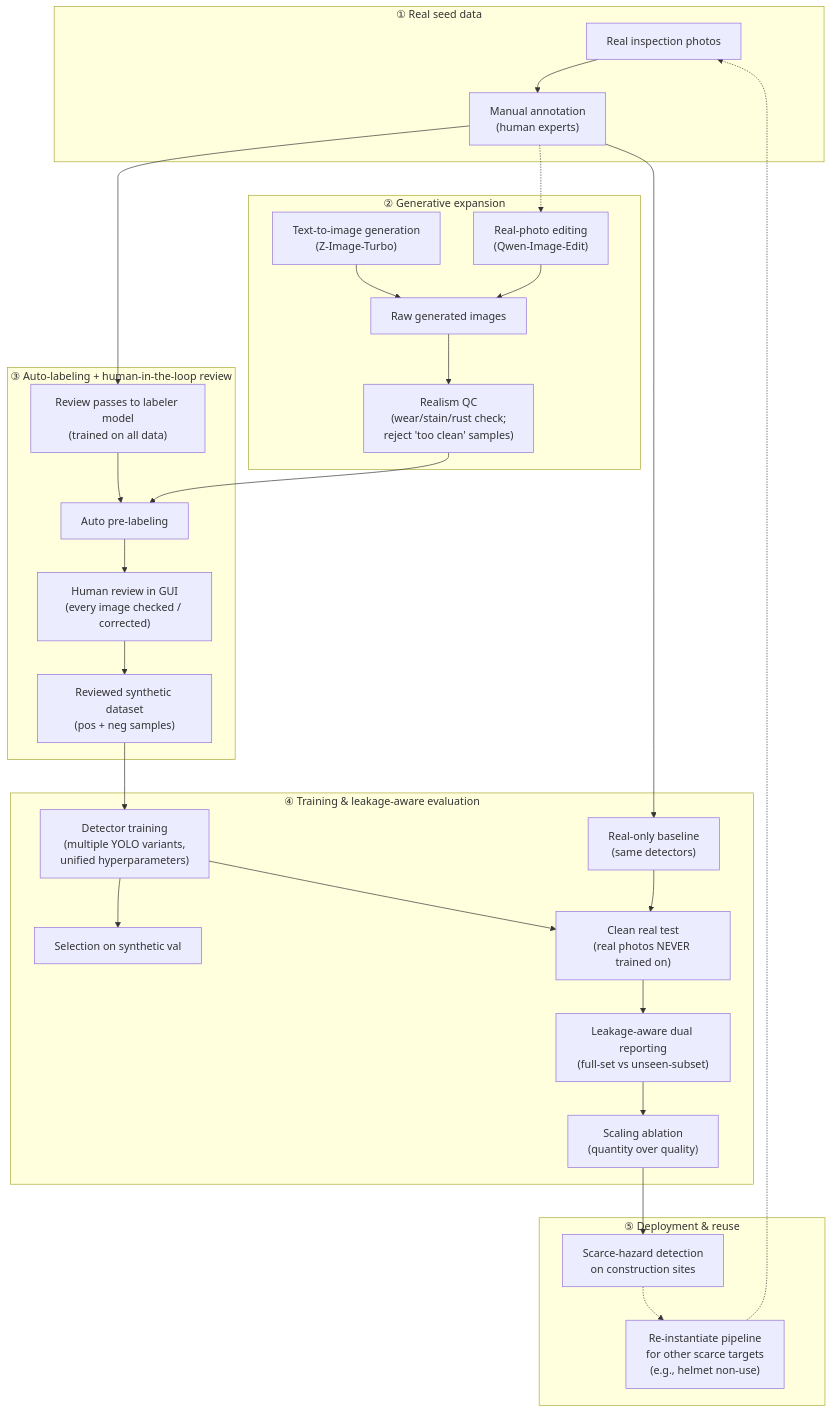
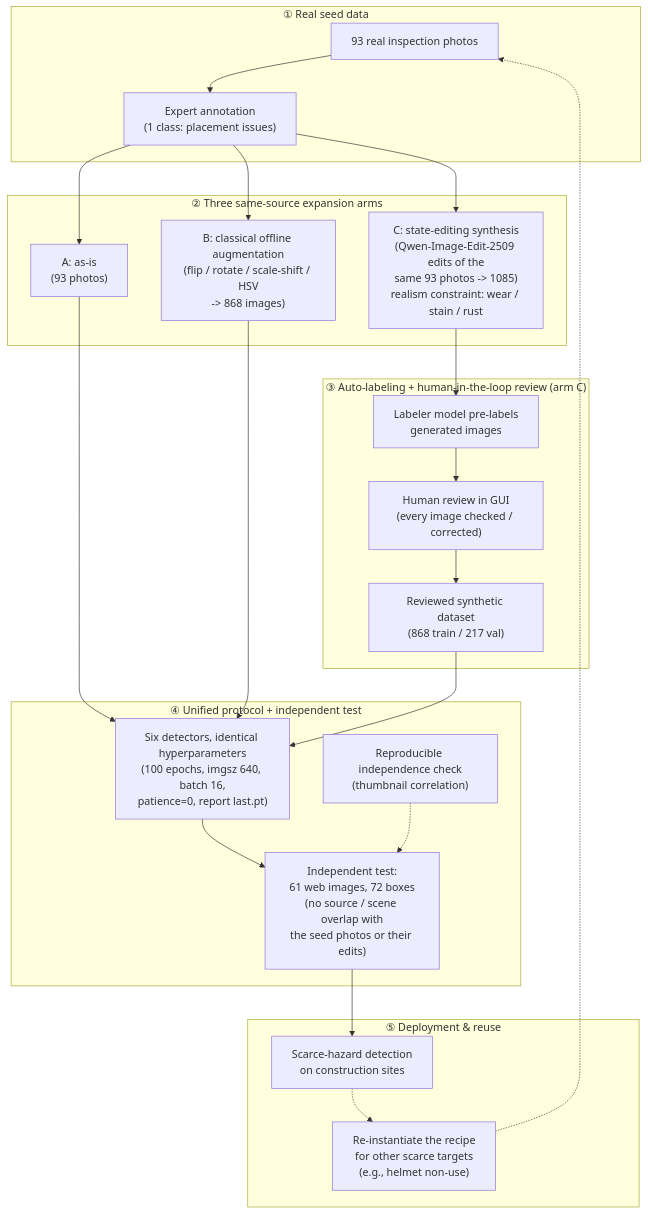
One commit to ReedZhang47/gas-cylinder-yolo changed the diagram in paper/fig1_pipeline.md. Above: the diagram before and after it, drawn with Mermaid. The commit also changed other lines of this file and 11 other files, not shown here.

````diff
--- a/paper/fig1_pipeline.md
+++ b/paper/fig1_pipeline.md
@@ -6,49 +7,46 @@
 ```mermaid
 flowchart TD
     subgraph SEED["① Real seed data"]
-        R1["Real inspection photos"] --> R2["Manual annotation<br/>(human experts)"]
+        R1["93 real inspection photos"] --> R2["Expert annotation<br/>(1 class: placement issues)"]
     end
 
-    subgraph GEN["② Generative expansion"]
-        G1["Text-to-image generation<br/>(Z-Image-Turbo)"]
-        G2["Real-photo editing<br/>(Qwen-Image-Edit)"]
-        G1 --> G3["Raw generated images"]
-        G2 --> G3
-        G3 --> G4["Realism QC<br/>(wear/stain/rust check;<br/>reject 'too clean' samples)"]
+    subgraph EXPAND["② Three same-source expansion arms"]
+        A1["A: as-is<br/>(93 photos)"]
+        A2["B: classical offline augmentation<br/>(flip / rotate / scale-shift / HSV<br/>-> 868 images)"]
+        A3["C: state-editing synthesis<br/>(Qwen-Image-Edit-2509 edits of the<br/>same 93 photos -> 1085)<br/>realism constraint: wear / stain / rust"]
     end
 
-    subgraph REV["③ Auto-labeling + human-in-the-loop review"]
-        L1["Review passes to labeler model<br/>(trained on all data)"]
-        L1 --> L2["Auto pre-labeling"]
-        L2 --> L3["Human review in GUI<br/>(every image checked / corrected)"]
-        L3 --> D1["Reviewed synthetic dataset<br/>(pos + neg samples)"]
+    subgraph REV["③ Auto-labeling + human-in-the-loop review (arm C)"]
+        L1["Labeler model pre-labels<br/>generated images"]
+        L1 --> L2["Human review in GUI<br/>(every image checked / corrected)"]
+        L2 --> D1["Reviewed synthetic dataset<br/>(868 train / 217 val)"]
     end
 
-    subgraph TRAIN["④ Training & leakage-aware evaluation"]
-        T1["Detector training<br/>(multiple YOLO variants,<br/>unified hyperparameters)"]
-        T2["Real-only baseline<br/>(same detectors)"]
-        T1 --> E1["Selection on synthetic val"]
-        T1 --> E2["Clean real test<br/>(real photos NEVER trained on)"]
-        T2 --> E2
-        E2 --> E3["Leakage-aware dual reporting<br/>(full-set vs unseen-subset)"]
-        E3 --> E4["Scaling ablation<br/>(quantity over quality)"]
+    subgraph EVAL["④ Unified protocol + independent test"]
+        T1["Six detectors, identical hyperparameters<br/>(100 epochs, imgsz 640, batch 16,<br/>patience=0, report last.pt)"]
+        T2["Independent test:<br/>61 web images, 72 boxes<br/>(no source / scene overlap with<br/>the seed photos or their edits)"]
+        T3["Reproducible independence check<br/>(thumbnail correlation)"]
+        T1 --> T2
+        T3 -.-> T2
     end
 
     subgraph USE["⑤ Deployment & reuse"]
         U1["Scarce-hazard detection<br/>on construction sites"]
-        U2["Re-instantiate pipeline<br/>for other scarce targets<br/>(e.g., helmet non-use)"]
+        U2["Re-instantiate the recipe<br/>for other scarce targets<br/>(e.g., helmet non-use)"]
     end
 
-    R2 --> L1
-    R2 --> T2
-    R2 -.-> G2
-    G4 --> L2
+    R2 --> A1
+    R2 --> A2
+    R2 --> A3
+    A1 --> T1
+    A2 --> T1
+    A3 --> L1
     D1 --> T1
-    E4 --> U1
+    T2 --> U1
     U1 -.-> U2
     U2 -.-> R1
 
-    %% dashed = optional / later-stage connections
-    %% ②-to-③ pipeline is the contribution: generation output is never
-    %% used untagged -> auto-label -> 100% human review is the quality gate.
+    %% dashed = check / optional / later-stage connections
+    %% ②-to-③ pipeline is the contribution: generated images are never used
+    %% untagged -> auto-label -> 100% human review is the quality gate.
 ```
````
